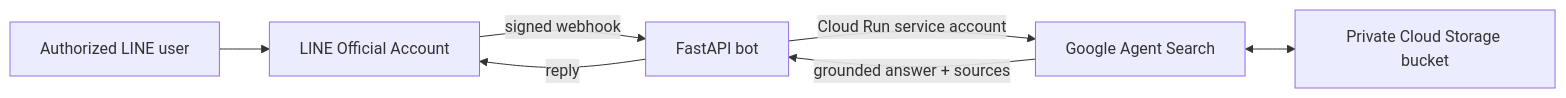
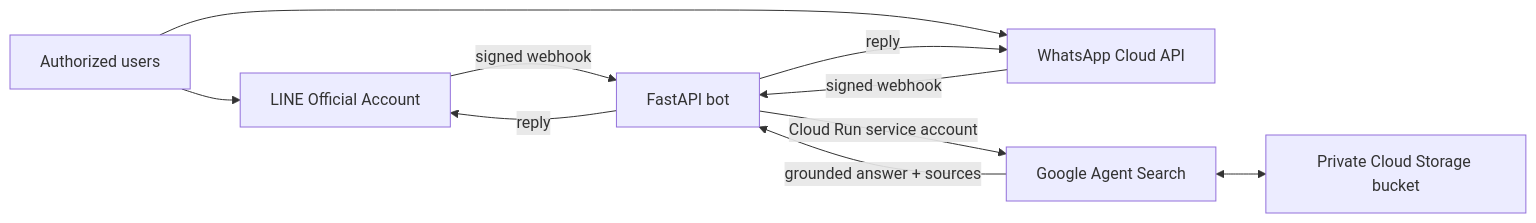
One commit to gracemkuo/enterprise-knowledge-assistant-line changed the diagram in README.md. Above: the diagram before and after it, drawn with Mermaid. The commit also changed other lines of this file and 21 other files, not shown here.

````diff
--- a/README.md
+++ b/README.md
@@ -34,9 +36,12 @@
 ```mermaid
 flowchart LR
-    U[Authorized LINE user] --> L[LINE Official Account]
+    U[Authorized users] --> L[LINE Official Account]
+    U --> W[WhatsApp Cloud API]
     L -->|signed webhook| B[FastAPI bot]
+    W -->|signed webhook| B
     B -->|Cloud Run service account| S[Google Agent Search]
     S <--> D[Private Cloud Storage bucket]
     S -->|grounded answer + sources| B
     B -->|reply| L
+    B -->|reply| W
 ```
````
